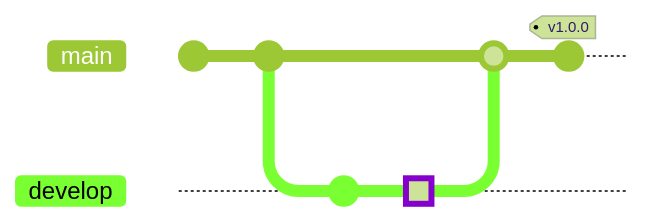
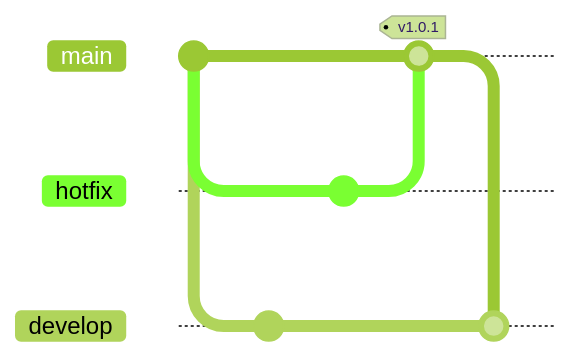
One commit to hgrabows/diagrammer-skills changed the third of 6 diagrams in skills/diagrammer/specs/mermaid/gitGraph.md. Above: the diagram before and after it, drawn with Mermaid (forest theme). The commit also changed other lines of this file and 127 other files, not shown here. Commit ids are hidden.

First line of the commit message:
feat: audit all specs, add example gallery, fix PlantUML and Gantt rendering

````diff
--- a/skills/diagrammer/specs/mermaid/gitGraph.md
+++ b/skills/diagrammer/specs/mermaid/gitGraph.md
@@ -55,12 +87,13 @@
 ```mermaid
 gitGraph
-   commit
-   commit id: "Alpha"
-   branch develop
+   commit id: "init"
+   branch develop order: 2
+   commit id: "setup"
+   checkout main
+   branch hotfix order: 1
+   commit id: "patch"
+   checkout main
+   merge hotfix tag: "v1.0.1"
    checkout develop
-   commit id: "Beta"
-   commit id: "Gamma" type: HIGHLIGHT
-   checkout main
-   merge develop
-   commit tag: "v1.0.0"
+   merge main
 ```
````
